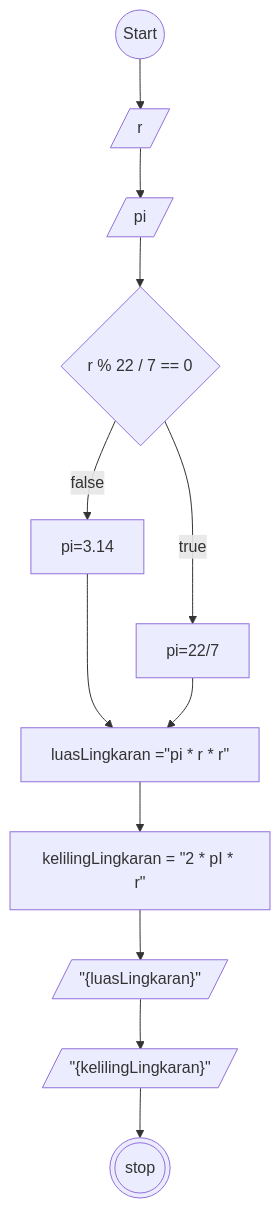
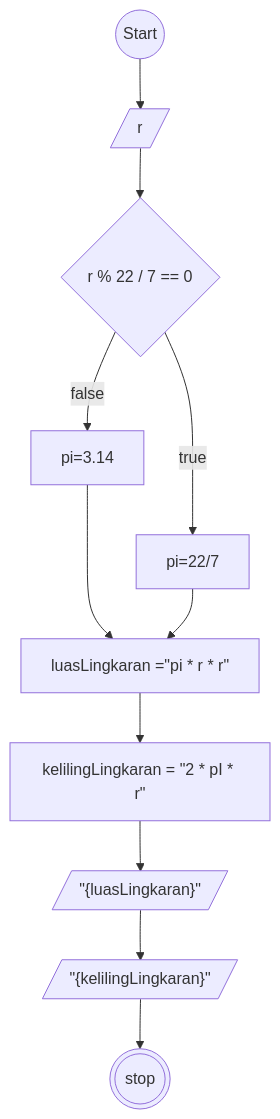
One commit to MuhammadWahyuPratama/Koda-b8-javascript1 changed the diagram in README.MD. Above: the diagram before and after it, drawn with Mermaid.

````diff
--- a/README.MD
+++ b/README.MD
@@ -7,23 +7,22 @@
 ```mermaid
 flowchart TD
 a@{shape: circle, label: "Start"}
 b@{shape: lean-r, label: "r" }
-c@{shape: lean-r, label: "pi"}
 d@{shape: rect, label: luasLingkaran ="pi * r * r"}
 z@{shape: diamond, label : "r % 22 / 7 == 0"}
 y@{shape: rect, label: "pi=22/7" }
 x@{shape: rect, label: "pi=3.14"}
 e@{shape: rect, label: kelilingLingkaran = "2 * pI * r"}
 f@{shape: lean-r, label: '"{luasLingkaran}"'}
 g@{shape: lean-r, label: '"{kelilingLingkaran}"'}
 h@{shape: dbl-circ, label: "stop"}
 
-a-->b-->c-->z-- true -->y
+a-->b-->z-- true -->y
 z-- false -->x
 x-->d
 y-->d
 d-->e
 e-->f
 f-->g
 g-->h
 ```
````
